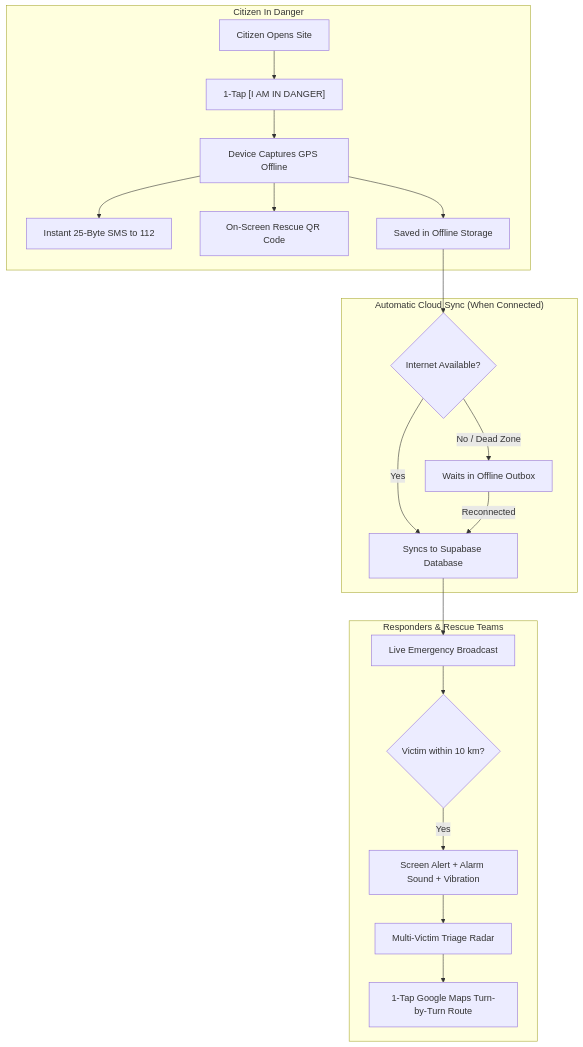
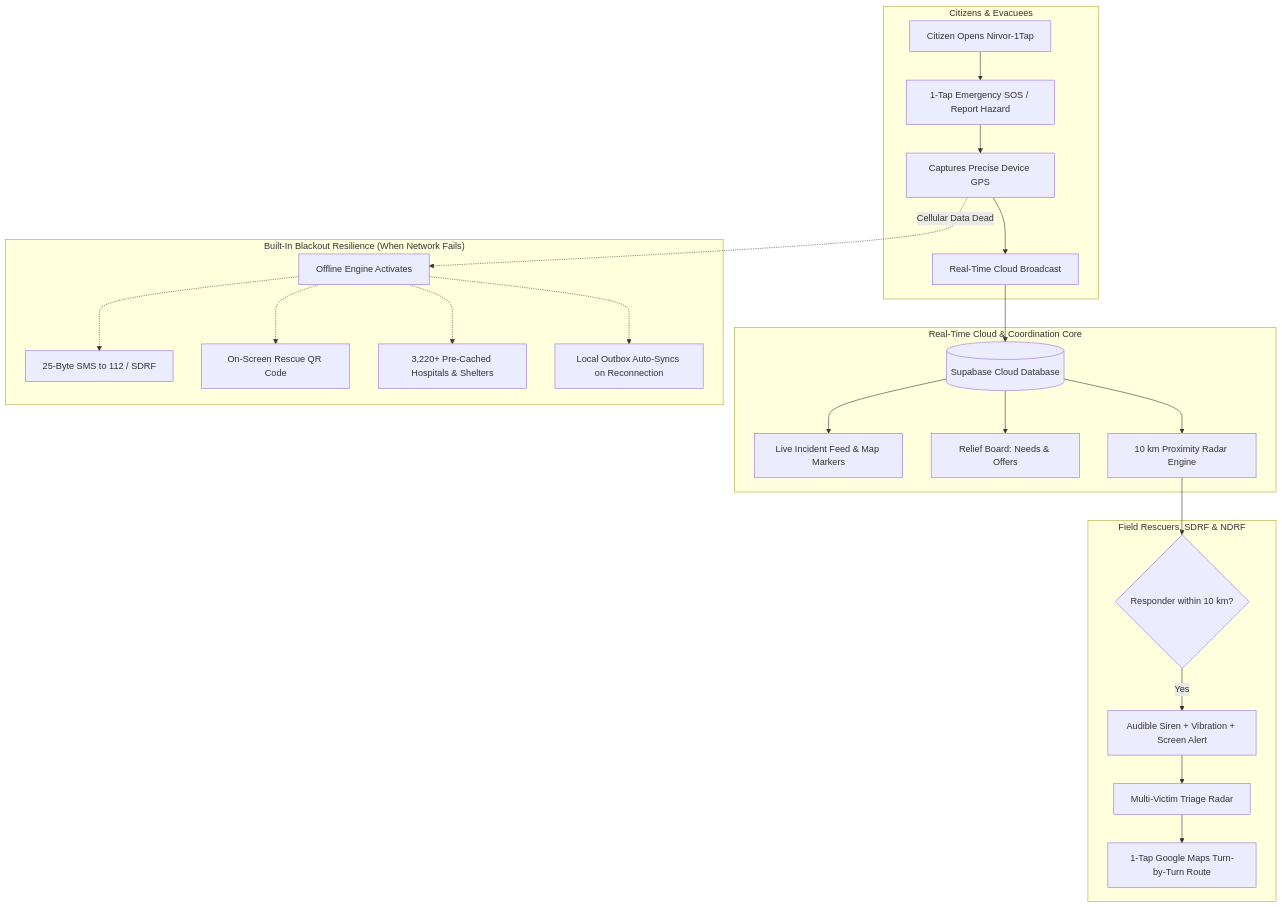
Before and after one commit to Debojyoti1104/Nirvor-1Tap: the first of 2 diagrams in README.md, drawn with Mermaid. The commit also changed other lines of this file, not shown here.

Commit message:
docs: frame blackout resilience as a dedicated safety net feature of real-time coordination platform

````diff
--- a/README.md
+++ b/README.md
@@ -27,25 +25,30 @@
 ```mermaid
 flowchart TD
-    subgraph VictimFlow ["Citizen In Danger"]
-        A["Citizen Opens Site"] --> B["1-Tap [I AM IN DANGER]"]
-        B --> C["Device Captures GPS Offline"]
-        C --> D["Instant 25-Byte SMS to 112"]
-        C --> E["On-Screen Rescue QR Code"]
-        C --> F["Saved in Offline Storage"]
+    subgraph Citizens ["Citizens & Evacuees"]
+        A["Citizen Opens Nirvor-1Tap"] --> B["1-Tap Emergency SOS / Report Hazard"]
+        B --> C["Captures Precise Device GPS"]
+        C --> D["Real-Time Cloud Broadcast"]
     end
 
-    subgraph NetworkFlow ["Automatic Cloud Sync (When Connected)"]
-        F --> G{"Internet Available?"}
-        G -- Yes --> H["Syncs to Supabase Database"]
-        G -- No / Dead Zone --> I["Waits in Offline Outbox"]
-        I -->|"Reconnected"| H
+    subgraph PlatformCore ["Real-Time Cloud & Coordination Core"]
+        D --> E[("Supabase Cloud Database")]
+        E --> F["Live Incident Feed & Map Markers"]
+        E --> G["Relief Board: Needs & Offers"]
+        E --> H["10 km Proximity Radar Engine"]
     end
 
-    subgraph ResponderFlow ["Responders & Rescue Teams"]
-        H --> J["Live Emergency Broadcast"]
-        J --> K{"Victim within 10 km?"}
-        K -- Yes --> L["Screen Alert + Alarm Sound + Vibration"]
-        L --> M["Multi-Victim Triage Radar"]
-        M --> N["1-Tap Google Maps Turn-by-Turn Route"]
+    subgraph Responders ["Field Rescuers, SDRF & NDRF"]
+        H --> I{"Responder within 10 km?"}
+        I -- Yes --> J["Audible Siren + Vibration + Screen Alert"]
+        J --> K["Multi-Victim Triage Radar"]
+        K --> L["1-Tap Google Maps Turn-by-Turn Route"]
+    end
+
+    subgraph BlackoutSafetyNet ["Built-In Blackout Resilience (When Network Fails)"]
+        C -.->|"Cellular Data Dead"| M["Offline Engine Activates"]
+        M -.-> N["25-Byte SMS to 112 / SDRF"]
+        M -.-> O["On-Screen Rescue QR Code"]
+        M -.-> P["3,220+ Pre-Cached Hospitals & Shelters"]
+        M -.-> Q["Local Outbox Auto-Syncs on Reconnection"]
     end
 ```
````
